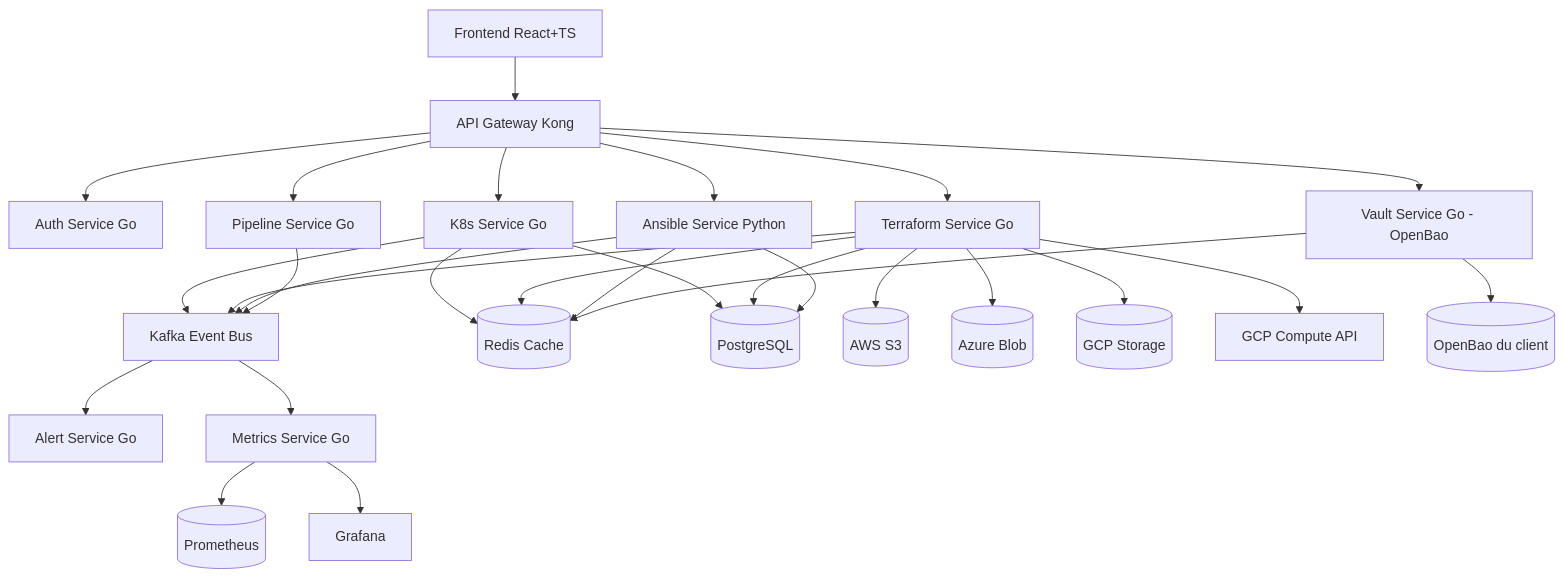
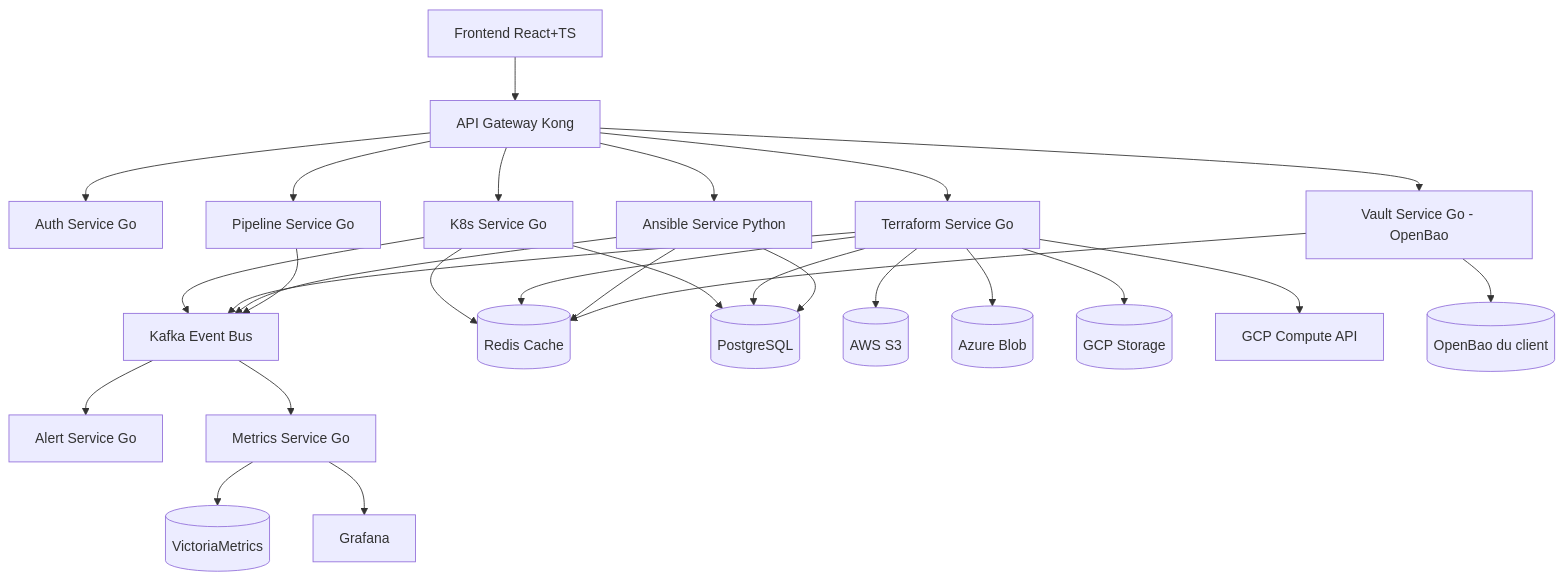
The first of 3 diagrams in docs/architecture.md (MPFabio/Kura), drawn with Mermaid before and after one commit. The commit also changed other lines of this file and 7 other files, not shown here.

First line of the commit message:
feat: migrer Prometheus vers VictoriaMetrics (vmagent + vmalert, rebrand UI)

````diff
--- a/docs/architecture.md
+++ b/docs/architecture.md
@@ -56,38 +56,38 @@
 ```mermaid
 graph TB
     Frontend[Frontend React+TS] --> Gateway[API Gateway Kong]
     Gateway --> Auth[Auth Service Go]
     Gateway --> K8s[K8s Service Go]
     Gateway --> Terraform[Terraform Service Go]
     Gateway --> Ansible[Ansible Service Python]
     Gateway --> Pipeline[Pipeline Service Go]
     Gateway --> Vault[Vault Service Go - OpenBao]
     
     K8s --> Kafka[Kafka Event Bus]
     Terraform --> Kafka
     Ansible --> Kafka
     Pipeline --> Kafka
     
     Kafka --> Alert[Alert Service Go]
     Kafka --> Metrics[Metrics Service Go]
     
     K8s --> Redis[(Redis Cache)]
     Terraform --> Redis
     Ansible --> Redis
     Vault --> Redis
     
     K8s --> Postgres[(PostgreSQL)]
     Terraform --> Postgres
     Ansible --> Postgres
     
     Terraform --> S3[(AWS S3)]
     Terraform --> Azure[(Azure Blob)]
     Terraform --> GCP[(GCP Storage)]
     
     Terraform --> GCPAPI[GCP Compute API]
     
     Vault --> ExtVault[(OpenBao du client)]
     
-    Metrics --> Prometheus[(Prometheus)]
+    Metrics --> Prometheus[(VictoriaMetrics)]
     Metrics --> Grafana[Grafana]
 ```
````
